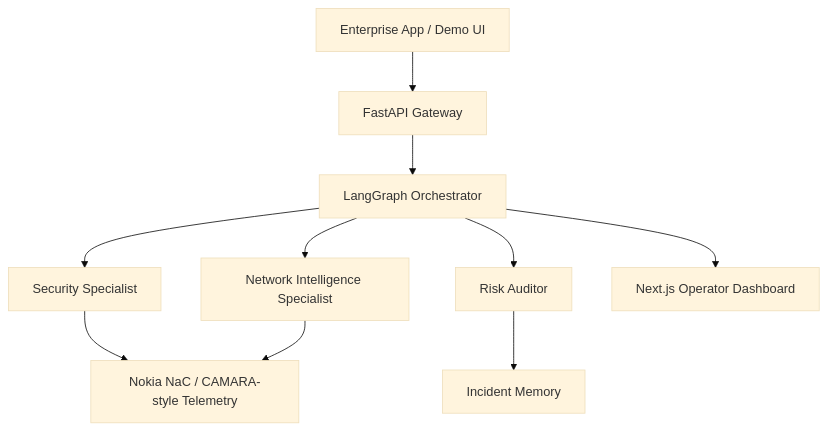
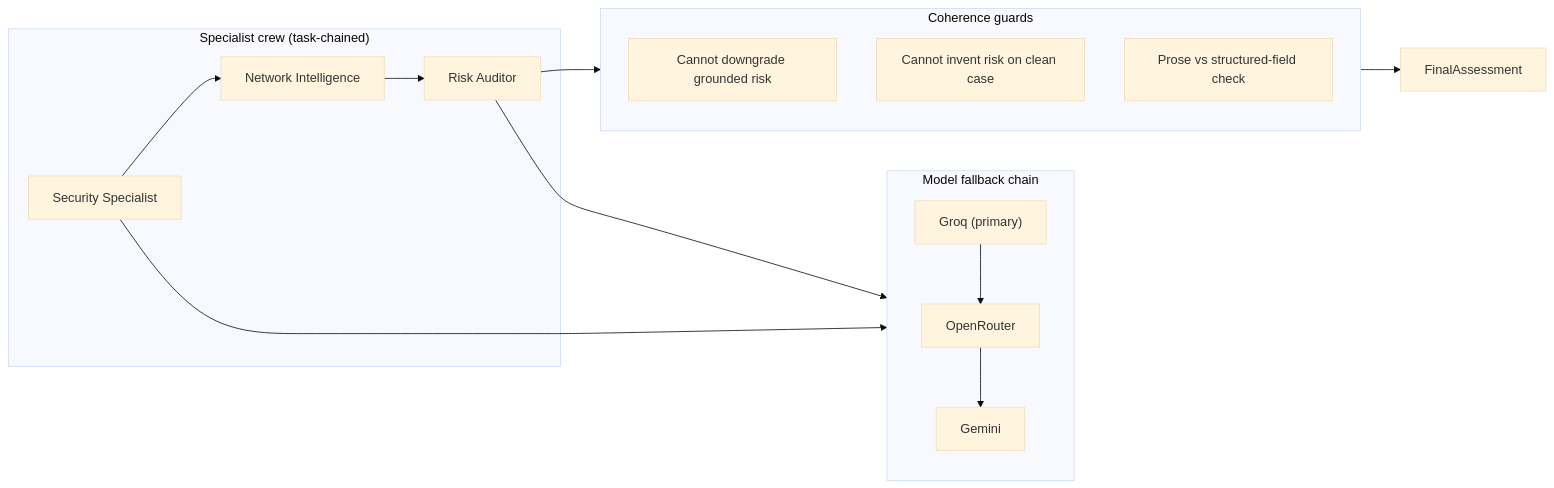
The fourth of 6 diagrams in README.md (yahiaongh/aegistel-mena-ignite), drawn with Mermaid (base theme) before and after one commit. The commit also changed other lines of this file, not shown here.

Commit message:
docs: restructure README with validated mermaid data-flow diagrams and accurate API/structure overview

````diff
--- a/README.md
+++ b/README.md
@@ -63,14 +188,21 @@
 ```mermaid
-graph TD
-    Client["Enterprise App / Demo UI"] --> API["FastAPI Gateway"]
-    API --> Orchestrator["LangGraph Orchestrator"]
-    Orchestrator --> Security["Security Specialist"]
-    Orchestrator --> Network["Network Intelligence Specialist"]
-    Orchestrator --> Auditor["Risk Auditor"]
+flowchart LR
+    subgraph CHAIN["Specialist crew (task-chained)"]
+        S["Security Specialist"] --> N1["Network Intelligence"] --> A["Risk Auditor"]
+    end
 
-    Security --> Telecom["Nokia NaC / CAMARA-style Telemetry"]
-    Network --> Telecom
-    Auditor --> Memory["Incident Memory"]
+    subgraph MODELS["Model fallback chain"]
+        M1["Groq (primary)"] --> M2["OpenRouter"] --> M3["Gemini"]
+    end
 
-    Orchestrator --> UI["Next.js Operator Dashboard"]
+    subgraph GUARD["Coherence guards"]
+        G_FLOOR["Cannot downgrade grounded risk"]
+        G_CEIL["Cannot invent risk on clean case"]
+        G_PROSE["Prose vs structured-field check"]
+    end
+
+    A --> MODELS
+    S --> MODELS
+    A --> GUARD
+    GUARD --> ASSESS["FinalAssessment"]
 ```
````
